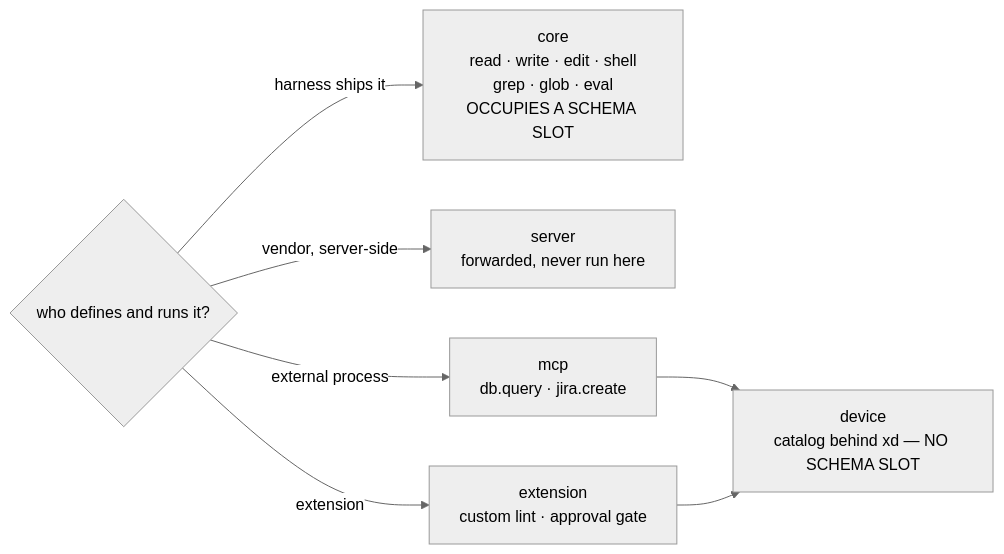
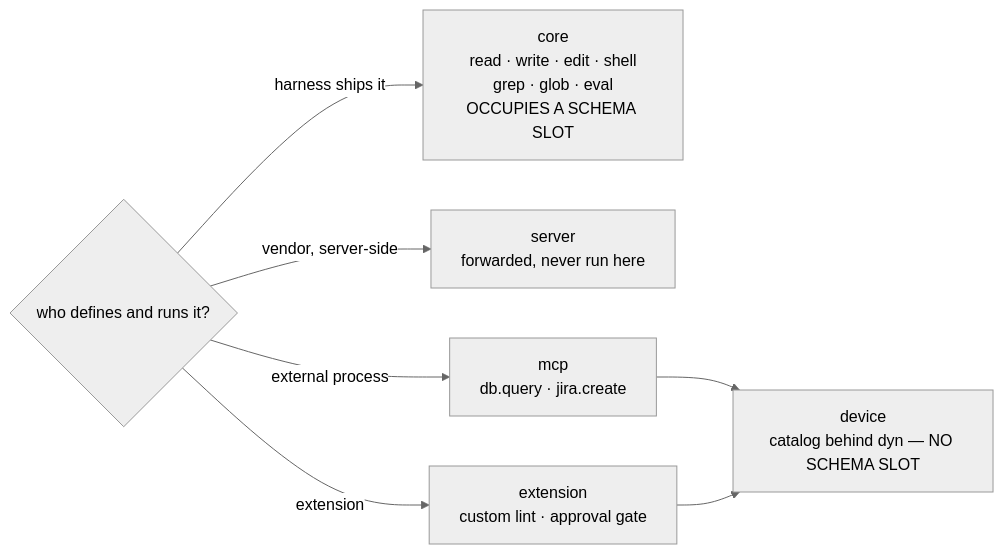
Before and after one commit to Deftera186/oh-my-pi: the first of 2 diagrams in docs/py/01-devices.md, drawn with Mermaid (neutral theme). The commit also changed other lines of this file and 19 other files, not shown here.

First line of the commit message:
refactor(shell): added dyn name for device transport builtin across code

````diff
--- a/docs/py/01-devices.md
+++ b/docs/py/01-devices.md
@@ -143,10 +143,10 @@
 ```mermaid
 flowchart LR
     Q{"who defines and runs it?"}
     Q -- "harness ships it" --> C["core<br/>read · write · edit · shell<br/>grep · glob · eval<br/>OCCUPIES A SCHEMA SLOT"]
     Q -- "vendor, server-side" --> S["server<br/>forwarded, never run here"]
     Q -- "external process" --> M["mcp<br/>db.query · jira.create"]
     Q -- "extension" --> X["extension<br/>custom lint · approval gate"]
-    M --> D["device<br/>catalog behind xd — NO SCHEMA SLOT"]
+    M --> D["device<br/>catalog behind dyn — NO SCHEMA SLOT"]
     X --> D
 ```
````
